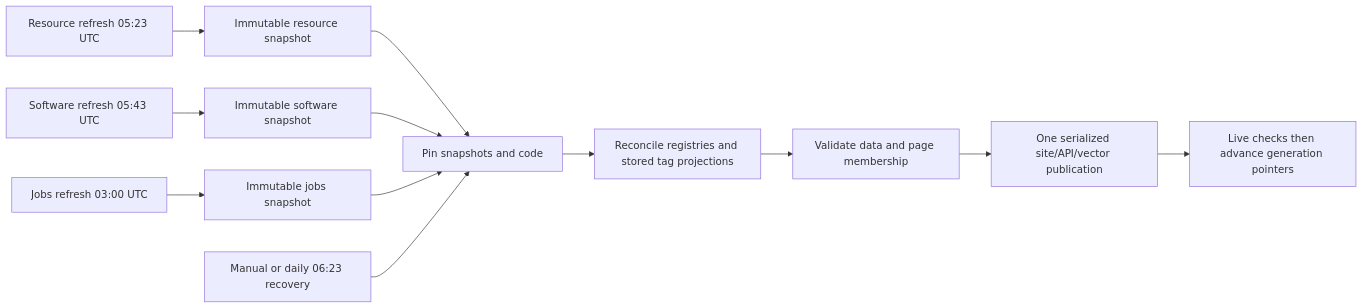
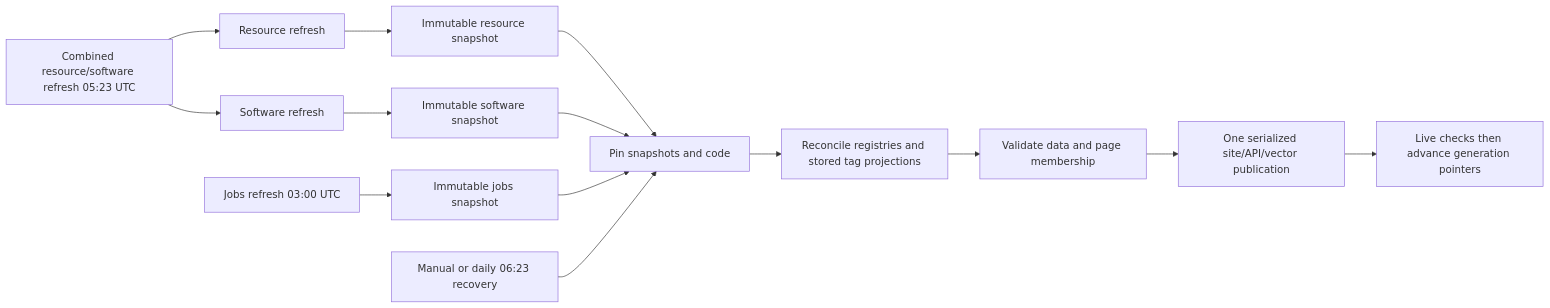
Before and after one commit to SteveHedden/open-knowledge-graphs: the diagram in docs/independent-refreshes.md, drawn with Mermaid. The commit also changed other lines of this file and 8 other files, not shown here.

Commit message:
Coordinate resource and software refreshes before publication

````diff
--- a/docs/independent-refreshes.md
+++ b/docs/independent-refreshes.md
@@ -7,14 +7,16 @@
 ```mermaid
 flowchart LR
-  R[Resource refresh 05:23 UTC] --> RS[Immutable resource snapshot]
-  S[Software refresh 05:43 UTC] --> SS[Immutable software snapshot]
+  B[Combined resource/software refresh 05:23 UTC] --> R[Resource refresh]
+  B --> S[Software refresh]
+  R --> RS[Immutable resource snapshot]
+  S --> SS[Immutable software snapshot]
   J[Jobs refresh 03:00 UTC] --> JS[Immutable jobs snapshot]
   RS --> P[Pin snapshots and code]
   SS --> P
   JS --> P
   M[Manual or daily 06:23 recovery] --> P
   P --> A[Reconcile registries and stored tag projections]
   A --> V[Validate data and page membership]
   V --> D[One serialized site/API/vector publication]
   D --> L[Live checks then advance generation pointers]
 ```
````
